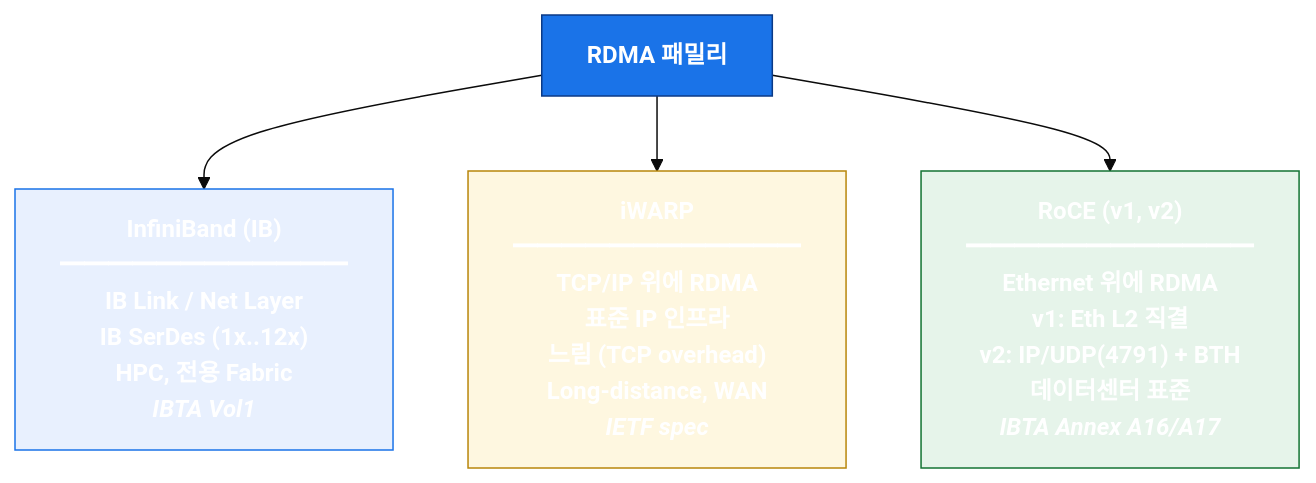
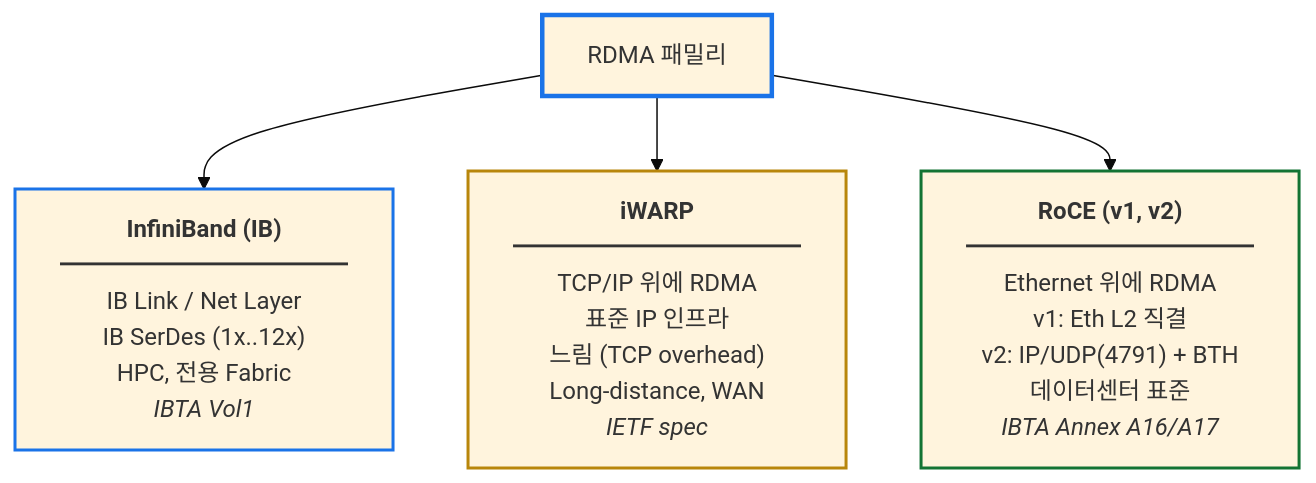
One commit to humbleowl39/DV_SKOOL changed the sixth of 7 diagrams in topics/rdma/docs/01_rdma_motivation.md. Above: the diagram before and after it, drawn with Mermaid (base theme). The commit also changed other lines of this file, not shown here.

````diff
--- a/topics/rdma/docs/01_rdma_motivation.md
+++ b/topics/rdma/docs/01_rdma_motivation.md
@@ -302,19 +302,19 @@
 ```mermaid
 flowchart TB
     ROOT["RDMA 패밀리"]
     IB["<b>InfiniBand (IB)</b><br/>━━━━━━━━━━━━<br/>IB Link / Net Layer<br/>IB SerDes (1x..12x)<br/>HPC, 전용 Fabric<br/><i>IBTA Vol1</i>"]
     IW["<b>iWARP</b><br/>━━━━━━━━━━━━<br/>TCP/IP 위에 RDMA<br/>표준 IP 인프라<br/>느림 (TCP overhead)<br/>Long-distance, WAN<br/><i>IETF spec</i>"]
     ROCE["<b>RoCE (v1, v2)</b><br/>━━━━━━━━━━━━<br/>Ethernet 위에 RDMA<br/>v1: Eth L2 직결<br/>v2: IP/UDP(4791) + BTH<br/>데이터센터 표준<br/><i>IBTA Annex A16/A17</i>"]
     ROOT --> IB
     ROOT --> IW
     ROOT --> ROCE
 
-    classDef root fill:#1a73e8,color:#fff,stroke:#0b3a86,font-weight:bold
-    classDef ib fill:#e8f0fe,stroke:#1a73e8
-    classDef iw fill:#fef7e0,stroke:#b8860b
-    classDef rc fill:#e6f4ea,stroke:#137333
+    classDef root stroke:#1a73e8,stroke-width:3px
+    classDef ib stroke:#1a73e8,stroke-width:2px
+    classDef iw stroke:#b8860b,stroke-width:2px
+    classDef rc stroke:#137333,stroke-width:2px
     class ROOT root
     class IB ib
     class IW iw
     class ROCE rc
 ```
````
